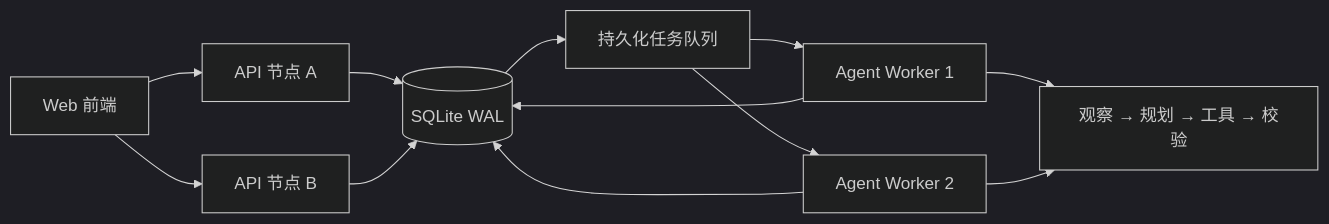
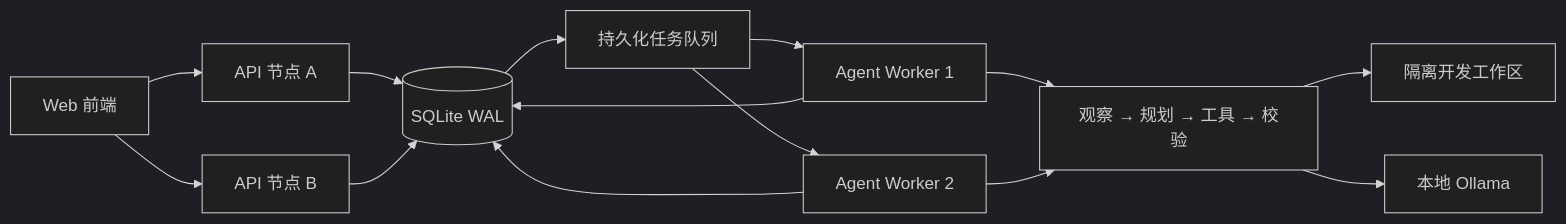
Before and after one commit to zhangxiaoji124/C-: the diagram in README.md, drawn with Mermaid (dark theme). The commit also changed other lines of this file and 22 other files, not shown here.

````diff
--- a/README.md
+++ b/README.md
@@ -20,14 +21,16 @@
 ```mermaid
 flowchart LR
     Browser["Web 前端"] --> API1["API 节点 A"]
     Browser --> API2["API 节点 B"]
     API1 --> DB[("SQLite WAL")]
     API2 --> DB
     DB --> Q["持久化任务队列"]
     Q --> W1["Agent Worker 1"]
     Q --> W2["Agent Worker 2"]
     W1 --> DB
     W2 --> DB
     W1 --> Flow["观察 → 规划 → 工具 → 校验"]
     W2 --> Flow
+    Flow --> Sandbox["隔离开发工作区"]
+    Flow --> Ollama["本地 Ollama"]
 ```
````
